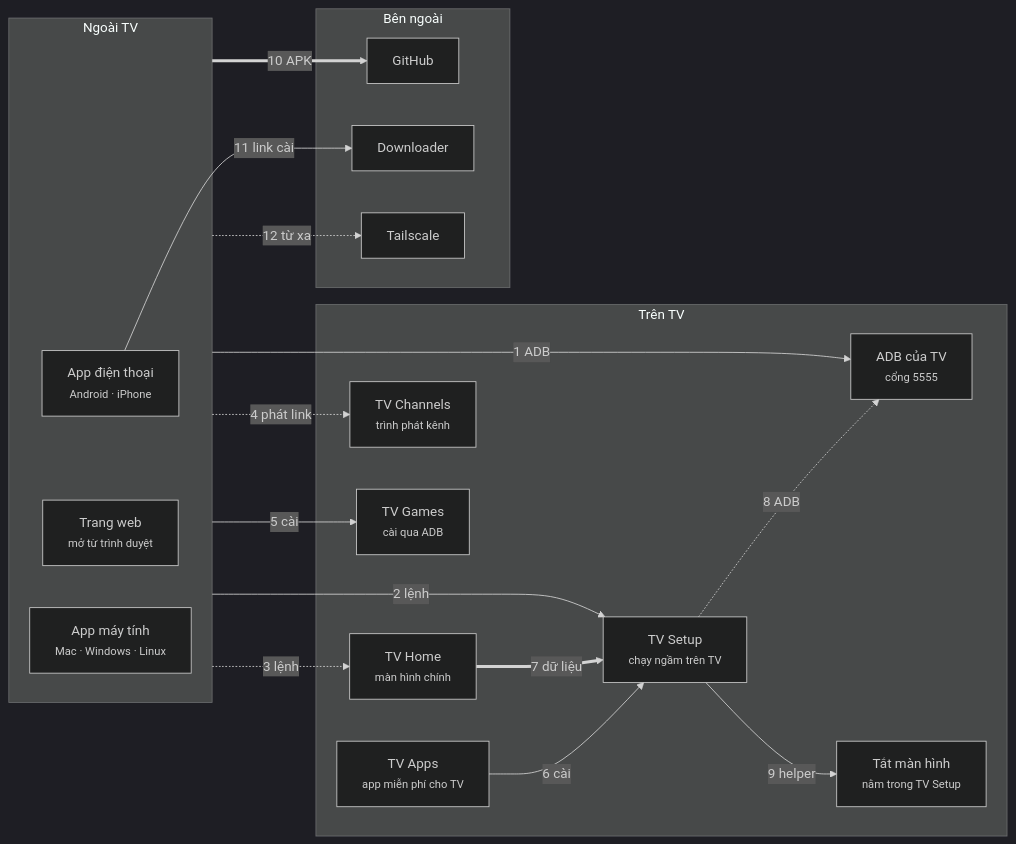
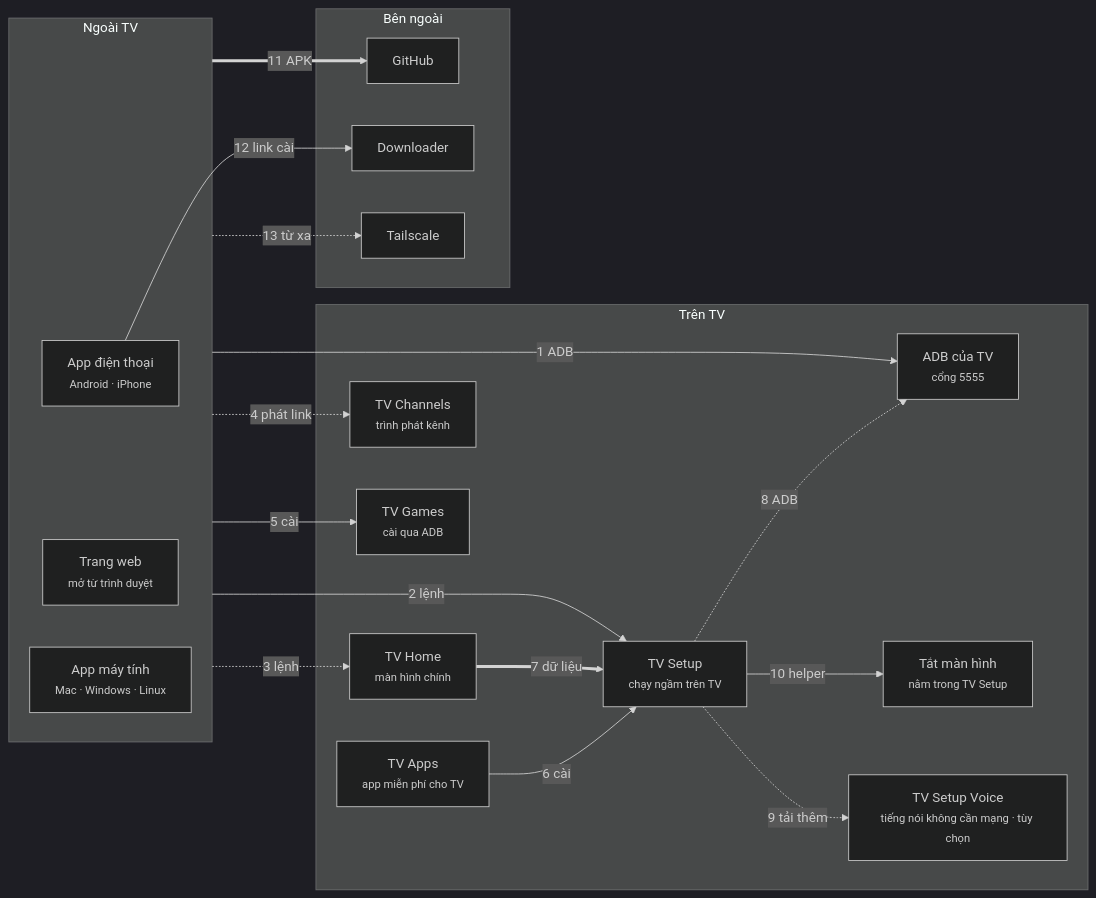
The diagram in README.vi.md (HoangTran0410/tv-remote), drawn with Mermaid (dark theme) before and after one commit. The commit also changed 3 other files, not shown here.

First line of the commit message:
Apps map: TV Setup Voice (offline voice add-on of TV Setup)

````diff
--- a/README.vi.md
+++ b/README.vi.md
@@ -134,34 +134,36 @@
 ```mermaid
 flowchart LR
   subgraph clients["Ngoài TV"]
     phone["App điện thoại<br/><small>Android · iPhone</small>"]
     web["Trang web<br/><small>mở từ trình duyệt</small>"]
     desktop["App máy tính<br/><small>Mac · Windows · Linux</small>"]
   end
   subgraph tv["Trên TV"]
     adb["ADB của TV<br/><small>cổng 5555</small>"]
     helper["Tắt màn hình<br/><small>nằm trong TV Setup</small>"]
+    voice["TV Setup Voice<br/><small>tiếng nói không cần mạng · tùy chọn</small>"]
     setup["TV Setup<br/><small>chạy ngầm trên TV</small>"]
     home["TV Home<br/><small>màn hình chính</small>"]
     channels["TV Channels<br/><small>trình phát kênh</small>"]
     games["TV Games<br/><small>cài qua ADB</small>"]
     tvapps["TV Apps<br/><small>app miễn phí cho TV</small>"]
   end
   subgraph ext["Bên ngoài"]
     github["GitHub"]
     downloader["Downloader"]
     tailscale["Tailscale"]
   end
   clients -->|"1 ADB"| adb
   clients -->|"2 lệnh"| setup
   clients -.->|"3 lệnh"| home
   clients -.->|"4 phát link"| channels
   clients -->|"5 cài"| games
   tvapps -->|"6 cài"| setup
   home ==>|"7 dữ liệu"| setup
   setup -.->|"8 ADB"| adb
-  setup -->|"9 helper"| helper
-  clients ==>|"10 APK"| github
-  phone -->|"11 link cài"| downloader
-  clients -.->|"12 từ xa"| tailscale
+  setup -.->|"9 tải thêm"| voice
+  setup -->|"10 helper"| helper
+  clients ==>|"11 APK"| github
+  phone -->|"12 link cài"| downloader
+  clients -.->|"13 từ xa"| tailscale
 ```
````
